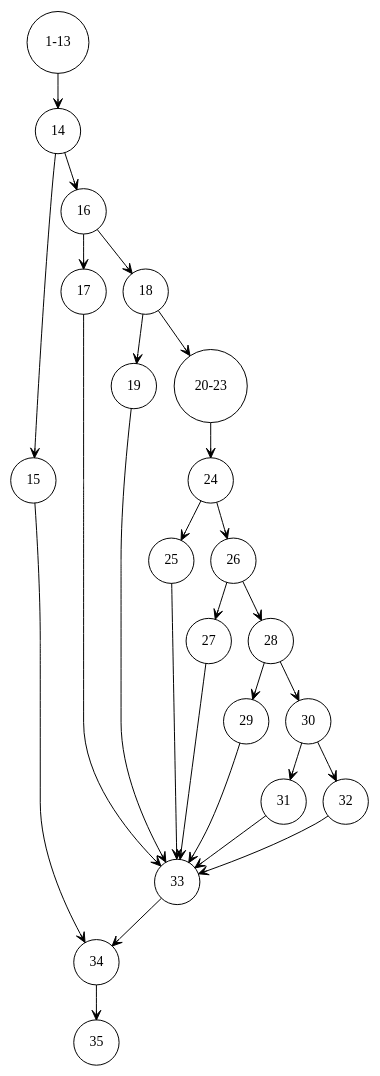
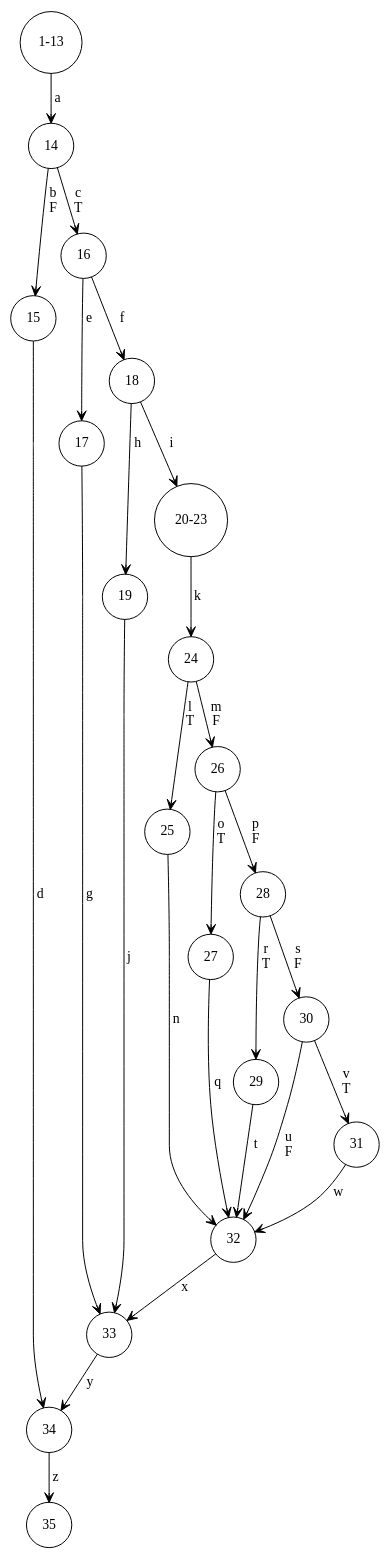
Before and after one commit to PH9/go-triangle: the diagram in CFG.dot, drawn with Graphviz.

Commit message:
add edge name and decision flag

```diff
--- a/CFG.dot
+++ b/CFG.dot
@@ -1,40 +1,40 @@
 digraph CFG {
 	node [shape=circle];
 	edge [arrowhead=vee,arrowtail=dot];
 	
-	"1-13" -> 14;
-	14 -> 15;
-	15 -> 34;
+	"1-13" -> 14 [label=" a"];
+	14 -> 15 [label=" b\nF"];
+	15 -> 34  [label=" d"];
 
-	14 -> 16;
-	16 -> 17;
-	17 -> 33;
+	14 -> 16 [label=" c\nT"];
+	16 -> 17 [label=" e"];
+	17 -> 33 [label=" g"];
 
-	16 -> 18;
-	18 -> 19;
-	19 -> 33;
+	16 -> 18 [label=" f"];
+	18 -> 19 [label=" h"];
+	19 -> 33 [label=" j"];
 
-	18 -> "20-23";
-	"20-23" -> 24;
+	18 -> "20-23" [label=" i"];
+	"20-23" -> 24 [label=" k"];
 
-	24 -> 25;
-	25 -> 33;
+	24 -> 25 [label=" l\nT"];
+	25 -> 32 [label=" n"];
 
-	24 -> 26;
-	26 -> 27;
-	27 -> 33;
+	24 -> 26 [label=" m\nF"];
+	26 -> 27 [label=" o\nT"];
+	27 -> 32 [label=" q"];
 
-	26 -> 28;
-	28 -> 29;
-	29 -> 33;
+	26 -> 28 [label="p\n F"];
+	28 -> 29 [label=" r\n T"];
+	29 -> 32 [label=" t"];
 
-	28 -> 30;
-	30 -> 31;
-	31 -> 33;
-	
-	30 -> 32;
-	32 -> 33;
+	28 -> 30 [label=" s\nF"];
+	30 -> 31 [label=" v\nT"];
+	31 -> 32 [label=" w"];
 
-	33 -> 34;
-	34 -> 35;
+	30 -> 32 [label=" u\nF"];
+	32 -> 33 [label=" x"];
+
+	33 -> 34 [label=" y"];
+	34 -> 35 [label=" z"];
 }
```
